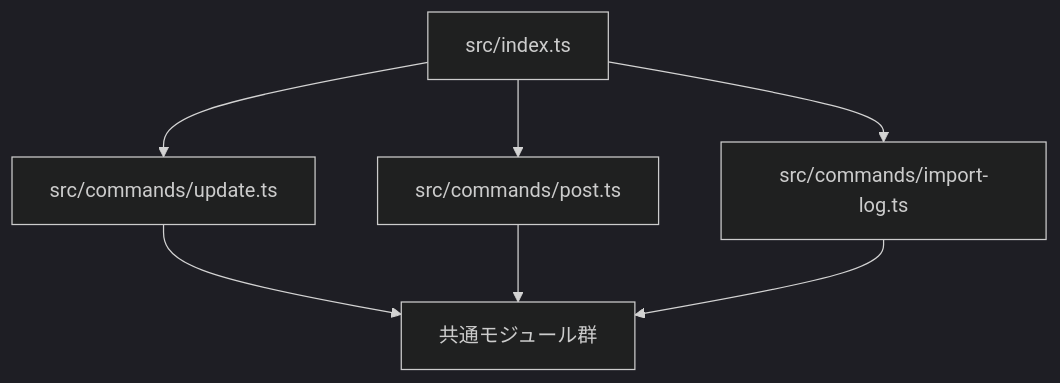
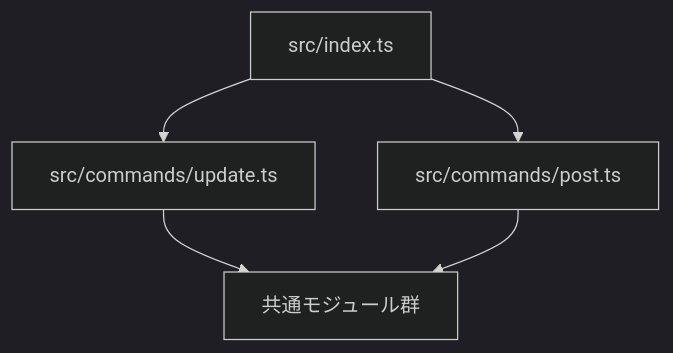
One commit to denebola213/immich_toys changed the diagram in README.md. Above: the diagram before and after it, drawn with Mermaid (dark theme). The commit also changed other lines of this file and 5 other files, not shown here.

Commit message:
refactor: remove import-log command and related log parsing functionality

````diff
--- a/README.md
+++ b/README.md
@@ -125,15 +105,12 @@
 ```mermaid
 flowchart TD
   IDX[src/index.ts]
   CMDU[src/commands/update.ts]
   CMDP[src/commands/post.ts]
-  CMDI[src/commands/import-log.ts]
   COMMON[共通モジュール群]
 
   IDX --> CMDU
   IDX --> CMDP
-  IDX --> CMDI
   CMDU --> COMMON
   CMDP --> COMMON
-  CMDI --> COMMON
 ```
````
